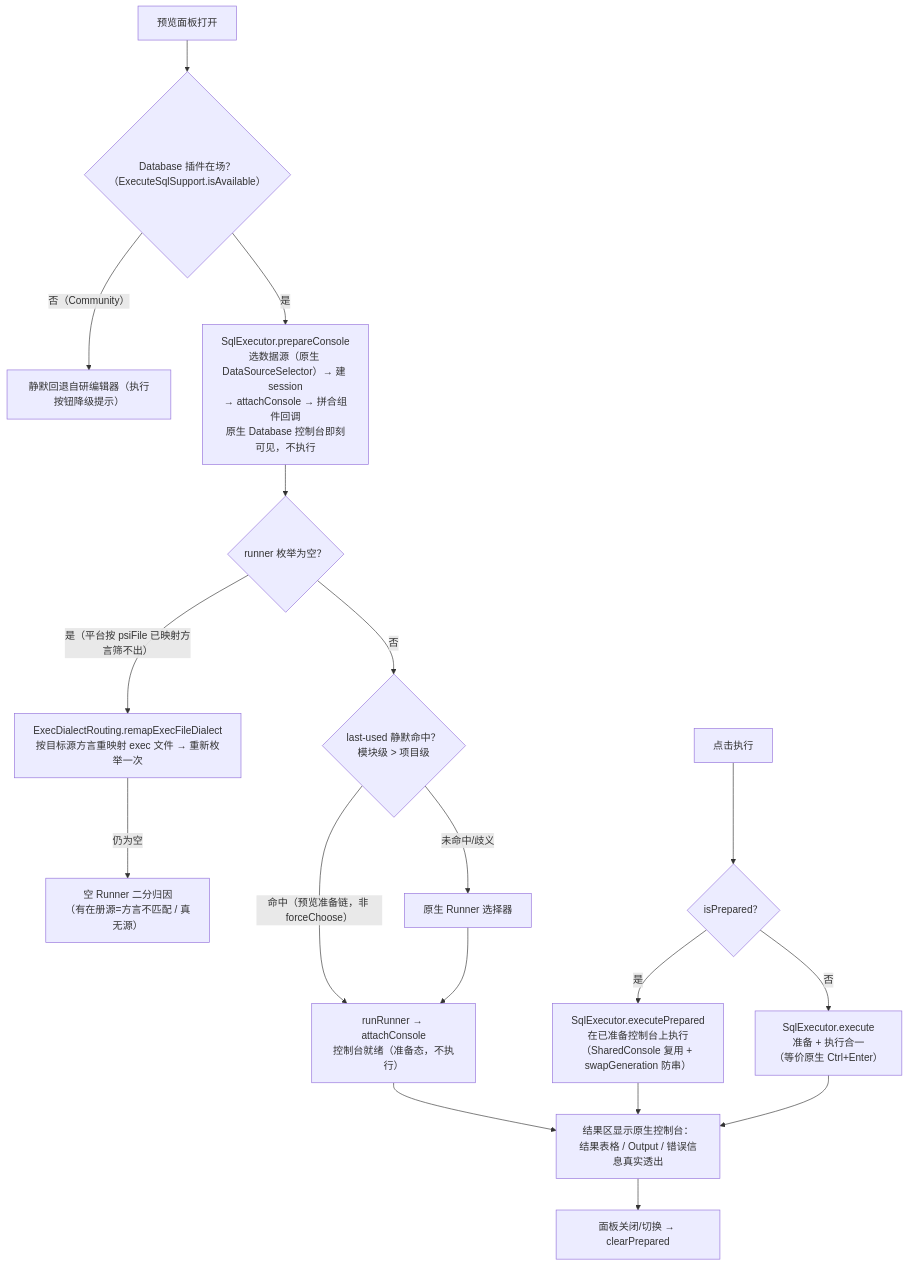
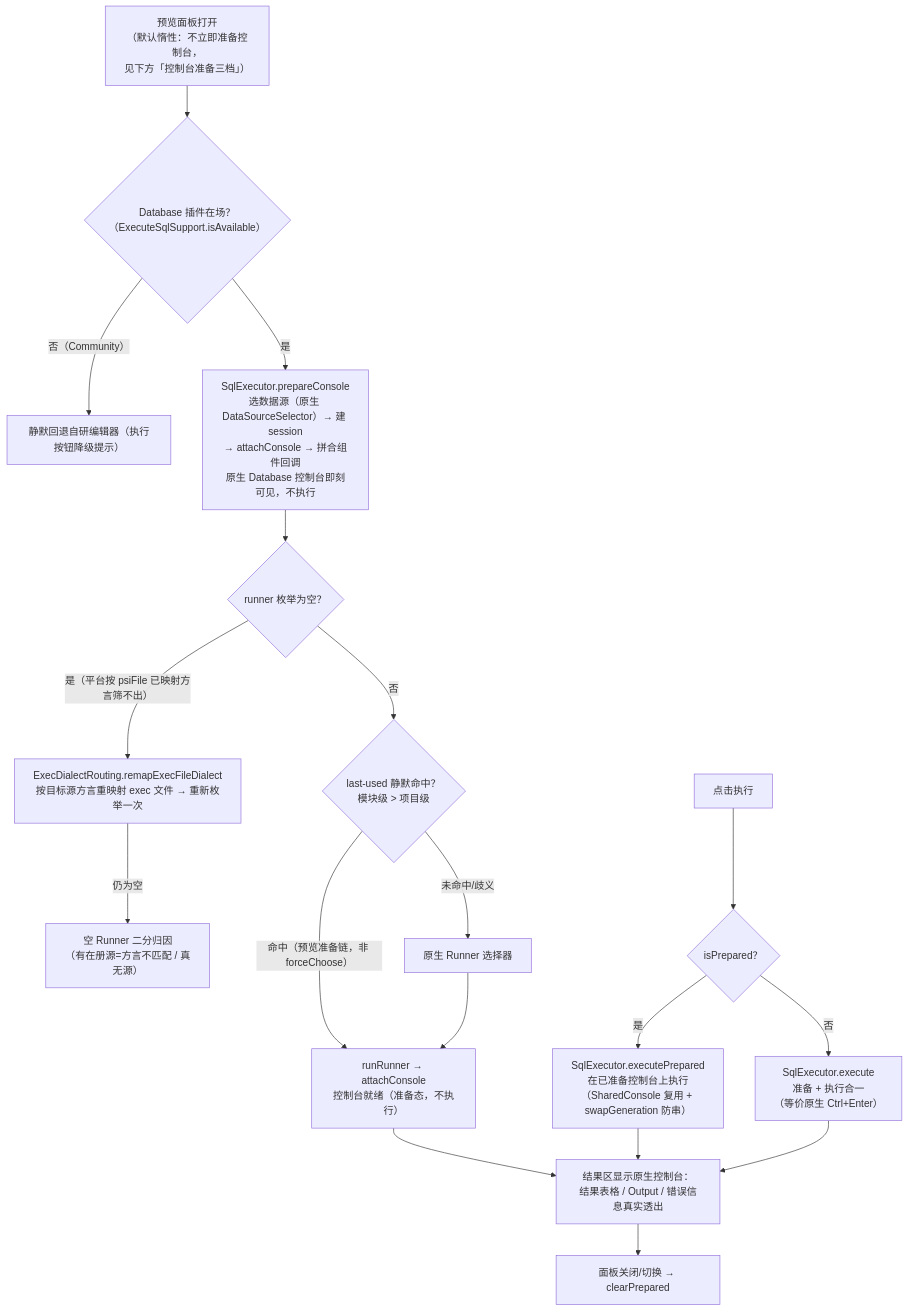
One commit to SongRenShuo/mybatis-plus-sql-visualizer changed the fourth of 20 diagrams in docs/架构设计/02-核心流程详解.md. Above: the diagram before and after it, drawn with Mermaid. The commit also changed other lines of this file and 4 other files, not shown here.

````diff
--- a/docs/架构设计/02-核心流程详解.md
+++ b/docs/架构设计/02-核心流程详解.md
@@ -181,20 +181,20 @@
 ```mermaid
 flowchart TD
-    OPEN["预览面板打开"] --> AVAIL{"Database 插件在场？（ExecuteSqlSupport.isAvailable）"}
+    OPEN["预览面板打开<br/>（默认惰性：不立即准备控制台，<br/>见下方「控制台准备三档」）"] --> AVAIL{"Database 插件在场？（ExecuteSqlSupport.isAvailable）"}
     AVAIL -->|"否（Community）"| CDEG["静默回退自研编辑器（执行按钮降级提示）"]
     AVAIL -->|"是"| PC["SqlExecutor.prepareConsole<br/>选数据源（原生 DataSourceSelector）→ 建 session<br/>→ attachConsole → 拼合组件回调<br/>原生 Database 控制台即刻可见，不执行"]
     PC --> RUNNERS{"runner 枚举为空？"}
     RUNNERS -->|"是（平台按 psiFile 已映射方言筛不出）"| REMAP["ExecDialectRouting.remapExecFileDialect<br/>按目标源方言重映射 exec 文件 → 重新枚举一次"]
     REMAP -->|"仍为空"| DEG["空 Runner 二分归因<br/>（有在册源=方言不匹配 / 真无源）"]
     RUNNERS -->|"否"| LASTUSED{"last-used 静默命中？<br/>模块级 > 项目级"}
     LASTUSED -->|"命中（预览准备链，非 forceChoose）"| PREP["runRunner → attachConsole<br/>控制台就绪（准备态，不执行）"]
     LASTUSED -->|"未命中/歧义"| PICK["原生 Runner 选择器"]
     PICK --> PREP
     PREP --> CONSOLE
     CLICK["点击执行"] --> RDY{"isPrepared？"}
     RDY -->|"是"| EP["SqlExecutor.executePrepared<br/>在已准备控制台上执行<br/>（SharedConsole 复用 + swapGeneration 防串）"]
     RDY -->|"否"| FULL["SqlExecutor.execute<br/>准备 + 执行合一<br/>（等价原生 Ctrl+Enter）"]
     EP --> CONSOLE["结果区显示原生控制台：<br/>结果表格 / Output / 错误信息真实透出"]
     FULL --> CONSOLE
     CONSOLE --> CLEAR["面板关闭/切换 → clearPrepared"]
 ```
````
